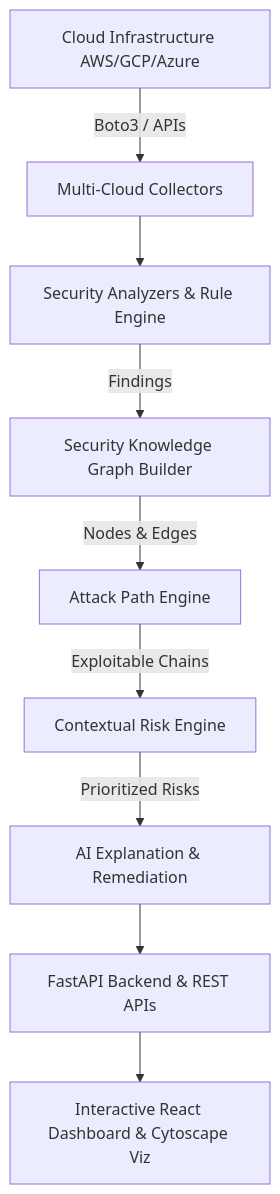
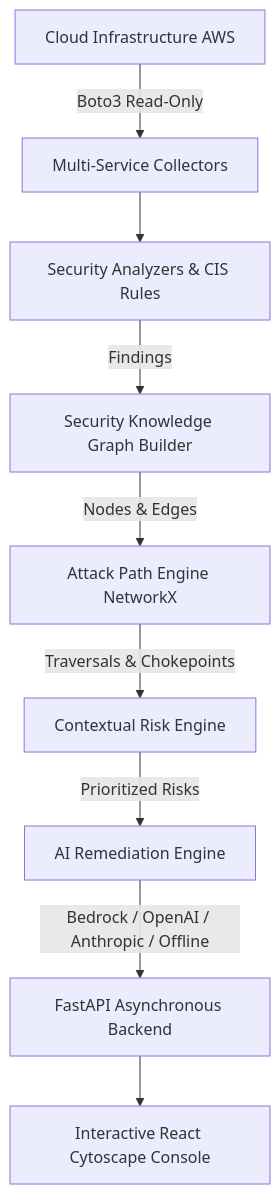
Before and after one commit to Harshtech31/CloudSentinelAI: the diagram in README.md, drawn with Mermaid. The commit also changed other lines of this file, not shown here.

````diff
--- a/README.md
+++ b/README.md
@@ -17,11 +34,11 @@
 ```mermaid
 graph TD
-    A[Cloud Infrastructure AWS/GCP/Azure] -->|Boto3 / APIs| B[Multi-Cloud Collectors]
-    B --> C[Security Analyzers & Rule Engine]
+    A[Cloud Infrastructure AWS] -->|Boto3 Read-Only| B[Multi-Service Collectors]
+    B --> C[Security Analyzers & CIS Rules]
     C -->|Findings| D[Security Knowledge Graph Builder]
-    D -->|Nodes & Edges| E[Attack Path Engine]
-    E -->|Exploitable Chains| F[Contextual Risk Engine]
-    F -->|Prioritized Risks| G[AI Explanation & Remediation]
-    G --> H[FastAPI Backend & REST APIs]
-    H --> I[Interactive React Dashboard & Cytoscape Viz]
+    D -->|Nodes & Edges| E[Attack Path Engine NetworkX]
+    E -->|Traversals & Chokepoints| F[Contextual Risk Engine]
+    F -->|Prioritized Risks| G[AI Remediation Engine]
+    G -->|Bedrock / OpenAI / Anthropic / Offline| H[FastAPI Asynchronous Backend]
+    H --> I[Interactive React Cytoscape Console]
 ```
````
